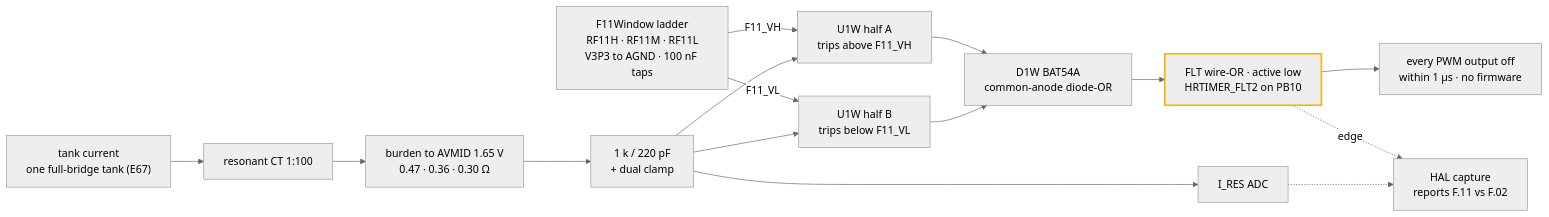
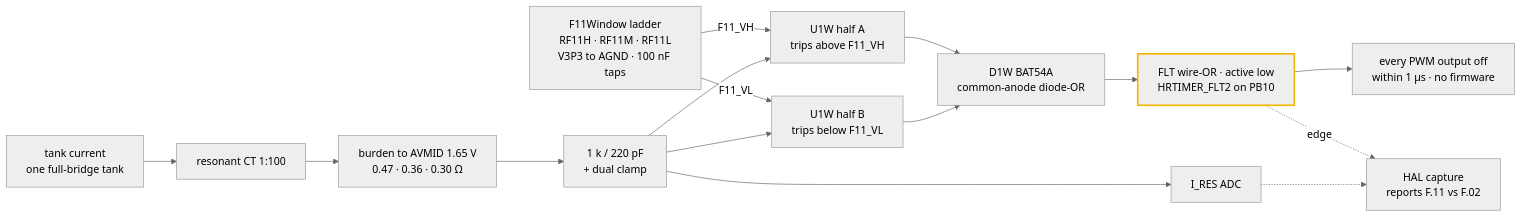
One commit to vectivolt/DC-Modules changed the fourth of 5 diagrams in docs/current-coordination.md. Above: the diagram before and after it, drawn with Mermaid (neutral theme). The commit also changed other lines of this file and 802 other files, not shown here.

````diff
--- a/docs/current-coordination.md
+++ b/docs/current-coordination.md
@@ -207,18 +178,18 @@
 ```mermaid
 flowchart LR
-  IP["tank current<br/>one full-bridge tank (E67)"] --> CT["resonant CT 1:100"]
+  IP["tank current<br/>one full-bridge tank"] --> CT["resonant CT 1:100"]
   CT --> RB["burden to AVMID 1.65 V<br/>0.47 · 0.36 · 0.30 Ω"]
   RB --> RC["1 k / 220 pF<br/>+ dual clamp"]
   LAD["F11Window ladder<br/>RF11H · RF11M · RF11L<br/>V3P3 to AGND · 100 nF taps"] -->|"F11_VH"| CA
   LAD -->|"F11_VL"| CB
   RC --> CA["U1W half A<br/>trips above F11_VH"]
   RC --> CB["U1W half B<br/>trips below F11_VL"]
   CA --> D["D1W BAT54A<br/>common-anode diode-OR"]
   CB --> D
   D --> FLT["FLT wire-OR · active low<br/>HRTIMER_FLT2 on PB10"]
   FLT --> OFF["every PWM output off<br/>within 1 µs · no firmware"]
   RC --> ADC["I_RES ADC"]
   FLT -.->|"edge"| HAL["HAL capture<br/>reports F.11 vs F.02"]
   ADC -.-> HAL
   style FLT stroke:#f2b705,stroke-width:2.5px
 ```
````
